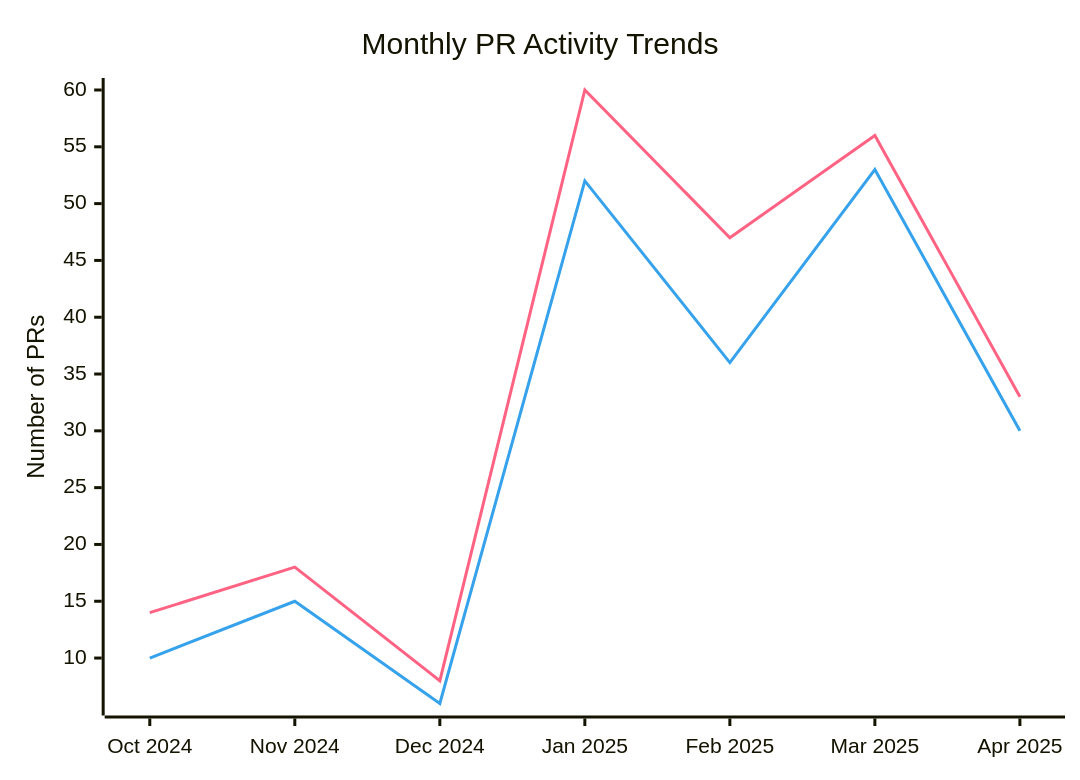
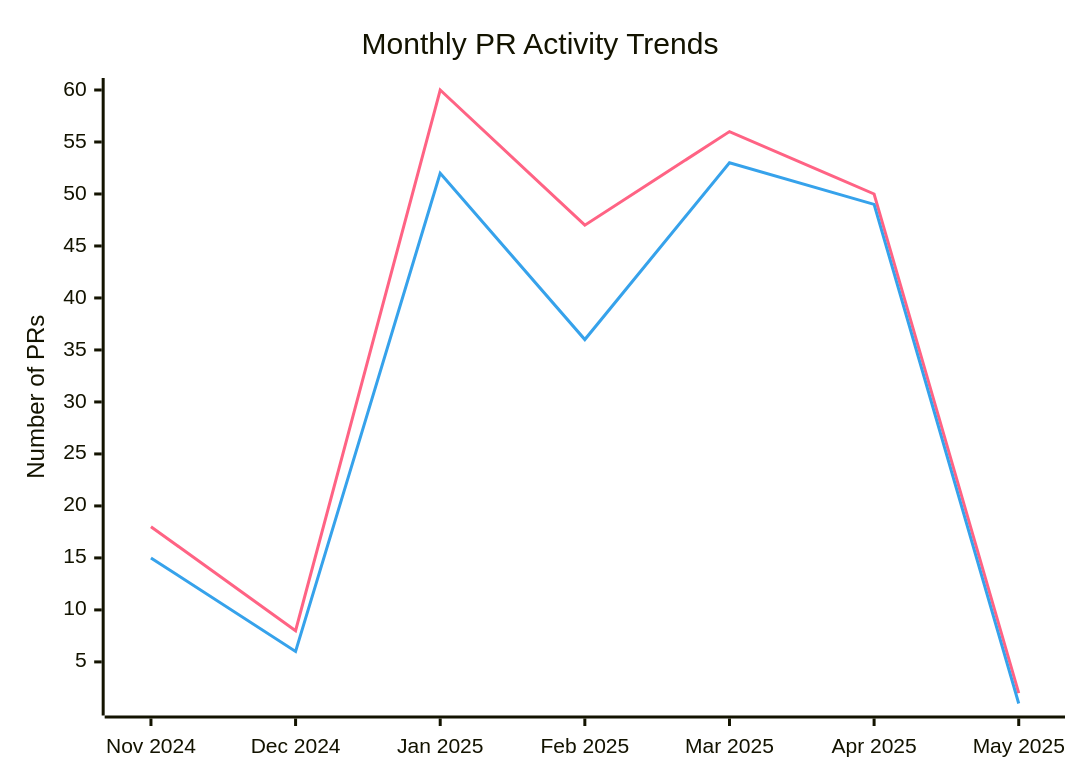
Before and after one commit to microsoft/edge-ai: the first of 9 diagrams in docs/contributions.md, drawn with Mermaid. The commit also changed other lines of this file and 9 other files, not shown here.

First line of the commit message:
feat(reporting): add scenario to capability to feature mapping graphic - Merged PR 292

````diff
--- a/docs/contributions.md
+++ b/docs/contributions.md
@@ -21,10 +21,10 @@
 ``` mermaid
 
 xychart-beta
     title "Monthly PR Activity Trends"
 %%{init: {"themeVariables": {"xyChart": {"plotColorPalette": "#FF6384, #36A2EB"}}}}%%
-    x-axis ["Oct 2024", "Nov 2024", "Dec 2024", "Jan 2025", "Feb 2025", "Mar 2025", "Apr 2025"]
+    x-axis ["Nov 2024", "Dec 2024", "Jan 2025", "Feb 2025", "Mar 2025", "Apr 2025", "May 2025"]
     y-axis "Number of PRs"
-    line "Created PRs" [14, 18, 8, 60, 47, 56, 33]
-    line "Completed PRs" [10, 15, 6, 52, 36, 53, 30]
+    line "Created PRs" [18, 8, 60, 47, 56, 50, 2]
+    line "Completed PRs" [15, 6, 52, 36, 53, 49, 1]
 ```
````
